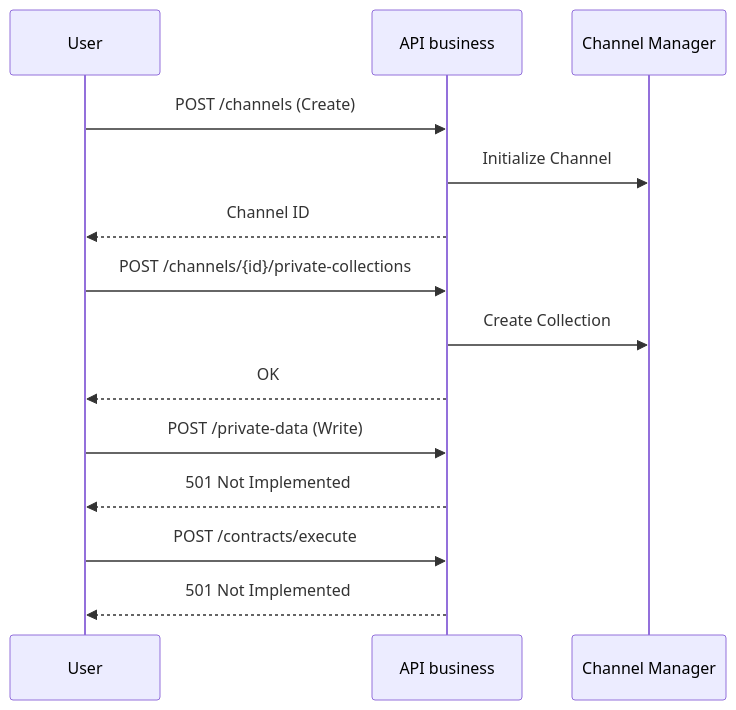
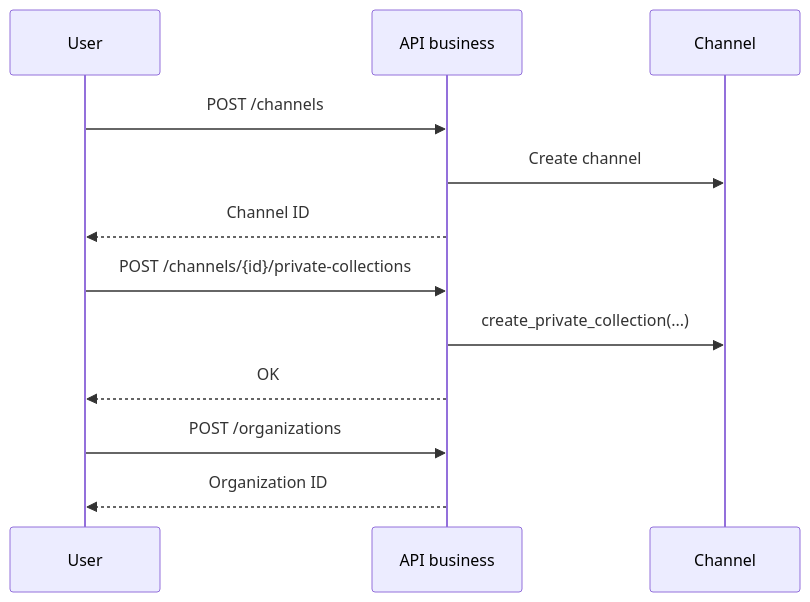
The diagram in docs/en/reference/api-business.md (VanDung-dev/HieraChain), drawn with Mermaid before and after one commit. The commit also changed other lines of this file and 87 other files, not shown here.

````diff
--- a/docs/en/reference/api-business.md
+++ b/docs/en/reference/api-business.md
@@ -19,20 +19,17 @@
 ```mermaid
 sequenceDiagram
     participant User
     participant API as API business
-    participant Channel as Channel Manager
+    participant Channel as Channel
 
-    User->>API: POST /channels (Create)
-    API->>Channel: Initialize Channel
+    User->>API: POST /channels
+    API->>Channel: Create channel
     API-->>User: Channel ID
 
     User->>API: POST /channels/{id}/private-collections
-    API->>Channel: Create Collection
+    API->>Channel: create_private_collection(...)
     API-->>User: OK
 
-    User->>API: POST /private-data (Write)
-    API-->>User: 501 Not Implemented
-
-    User->>API: POST /contracts/execute
-    API-->>User: 501 Not Implemented
+    User->>API: POST /organizations
+    API-->>User: Organization ID
 ```
````
